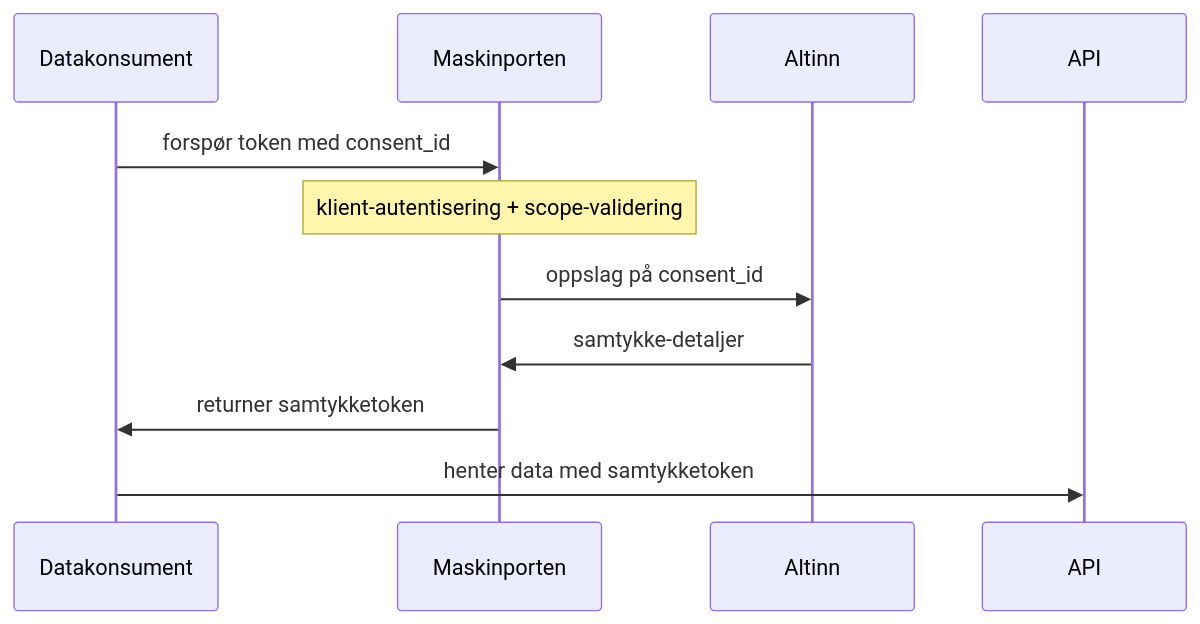
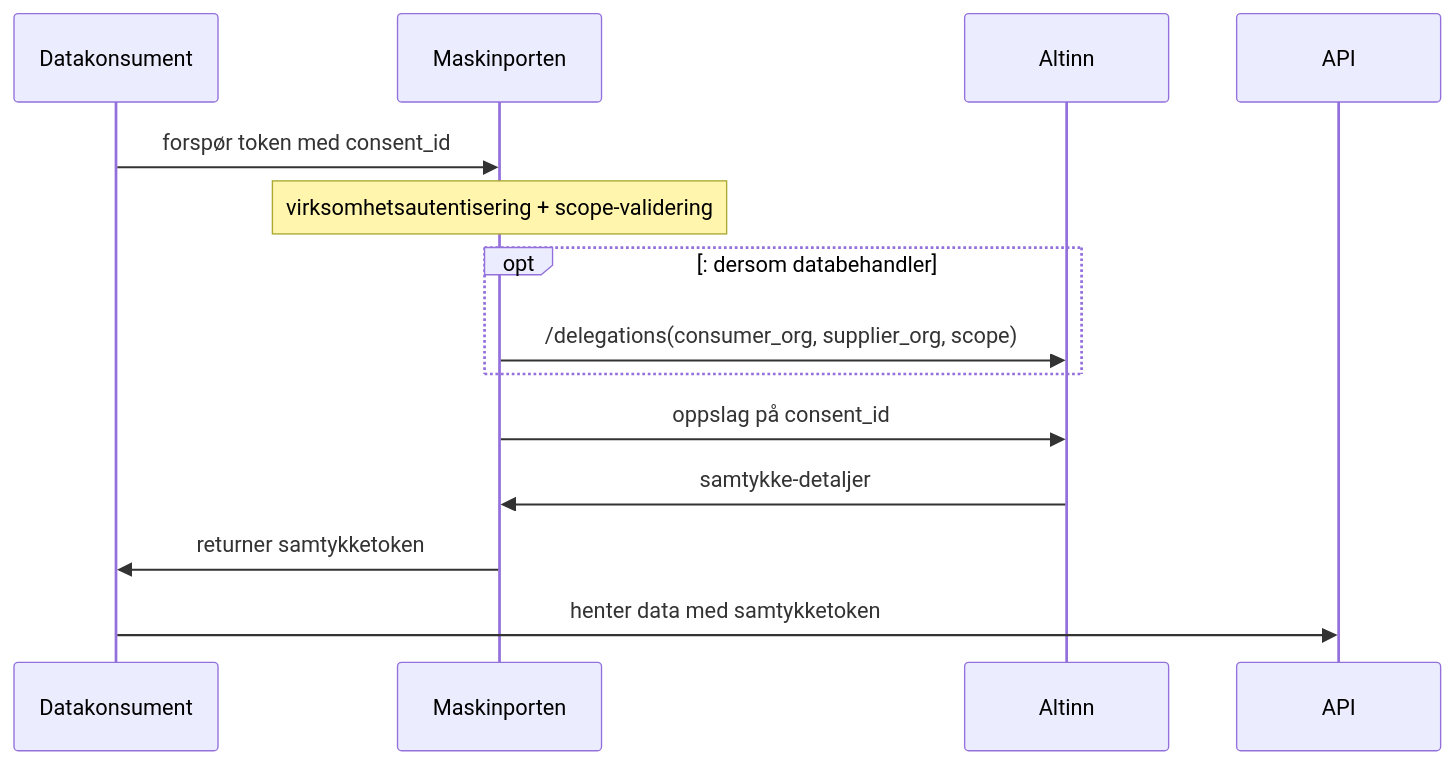
One commit to joergenb/oauth changed the diagram in samtykketoken_i_maskinporten.md. Above: the diagram before and after it, drawn with Mermaid. The commit also changed other lines of this file, not shown here.

````diff
--- a/samtykketoken_i_maskinporten.md
+++ b/samtykketoken_i_maskinporten.md
@@ -25,9 +24,12 @@
 ```mermaid
 sequenceDiagram;
   Datakonsument->>Maskinporten: forspør token med consent_id
-  note over Maskinporten: klient-autentisering + scope-validering
+  note over Maskinporten: virksomhetsautentisering + scope-validering
+  opt: dersom databehandler
+    Maskinporten->>Altinn: /delegations(consumer_org, supplier_org, scope)
+  end
   Maskinporten->>Altinn: oppslag på consent_id
   Altinn->>Maskinporten: samtykke-detaljer
   Maskinporten->>Datakonsument: returner samtykketoken
   Datakonsument->>API: henter data med samtykketoken
 ```
````
